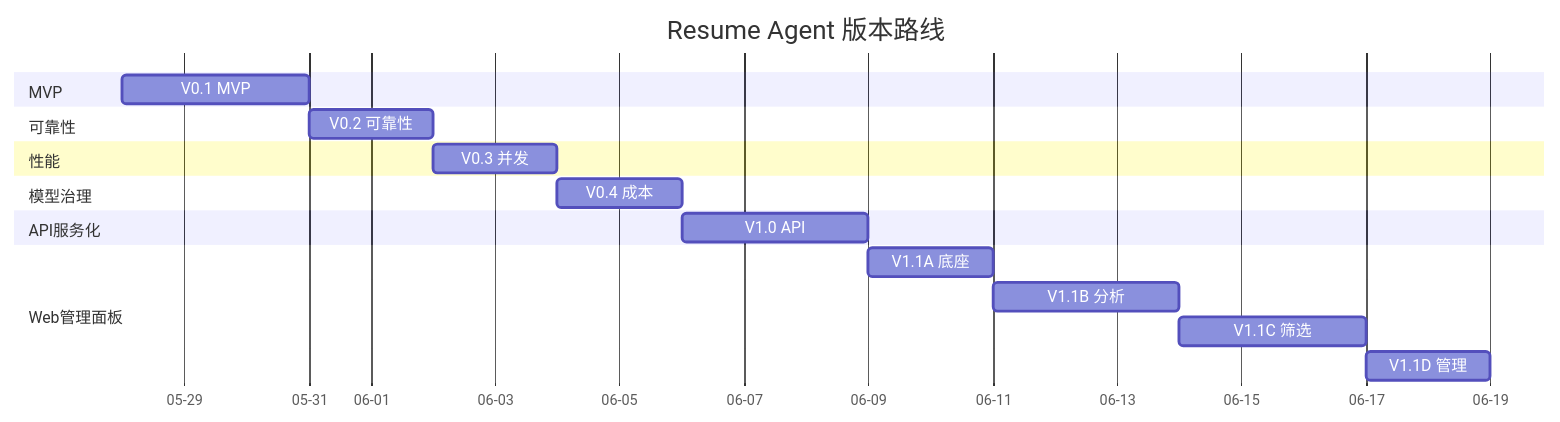
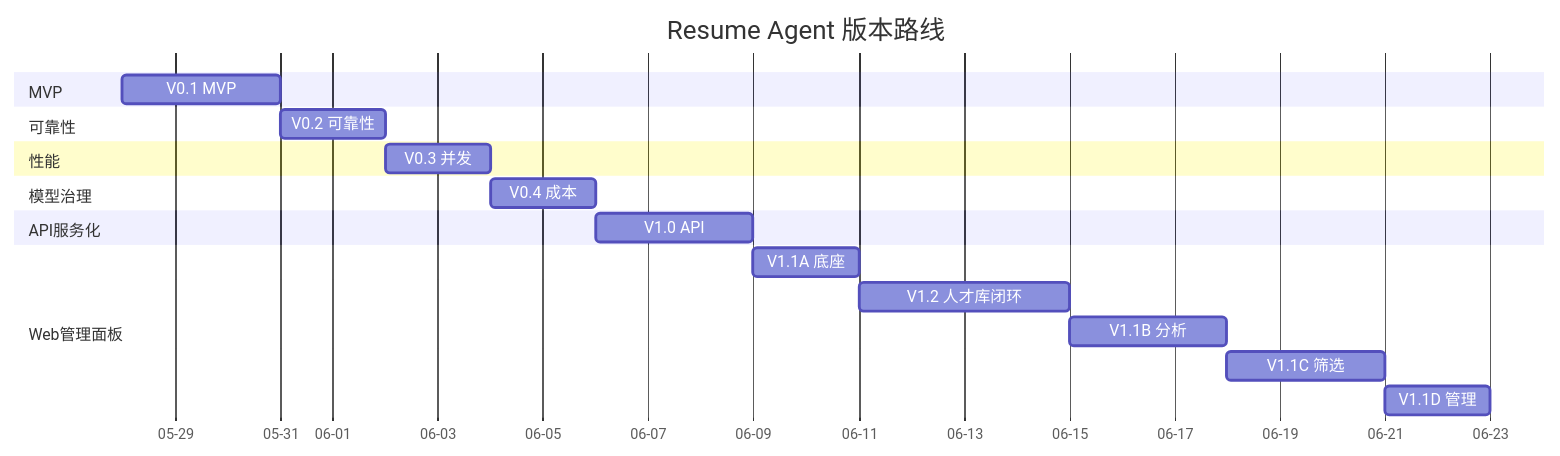
One commit to MT-SUPER-POWER/ResumeAgent changed the first of 8 diagrams in docs/roadmap.md. Above: the diagram before and after it, drawn with Mermaid. The commit also changed other lines of this file and 4 other files, not shown here.

````diff
--- a/docs/roadmap.md
+++ b/docs/roadmap.md
@@ -16,27 +17,28 @@
 ```mermaid
 gantt
   title Resume Agent 版本路线
   dateFormat  YYYY-MM-DD
   axisFormat  %m-%d
 
   section MVP
   V0.1 MVP       :v01, 2026-05-28, 3d
 
   section 可靠性
   V0.2 可靠性     :v02, 2026-05-31, 2d
 
   section 性能
   V0.3 并发      :v03, 2026-06-02, 2d
 
   section 模型治理
   V0.4 成本      :v04, 2026-06-04, 2d
 
   section API服务化
   V1.0 API       :v10, 2026-06-06, 3d
 
   section Web管理面板
   V1.1A 底座     :v11a, 2026-06-09, 2d
-  V1.1B 分析     :v11b, 2026-06-11, 3d
-  V1.1C 筛选     :v11c, 2026-06-14, 3d
-  V1.1D 管理     :v11d, 2026-06-17, 2d
+  V1.2 人才库闭环 :v12, 2026-06-11, 4d
+  V1.1B 分析     :v11b, after v12, 3d
+  V1.1C 筛选     :v11c, after v11b, 3d
+  V1.1D 管理     :v11d, after v11c, 2d
 ```
````
